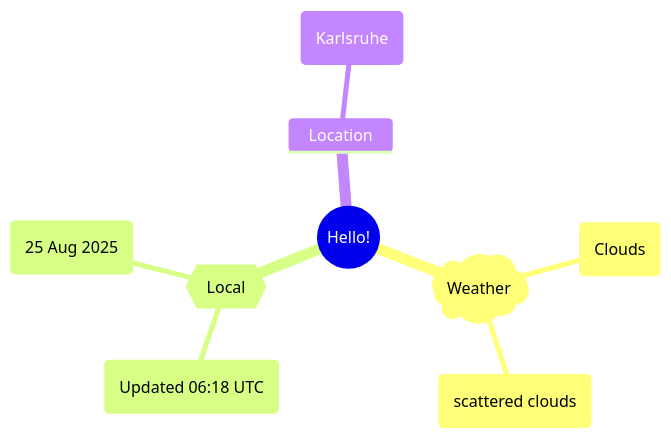
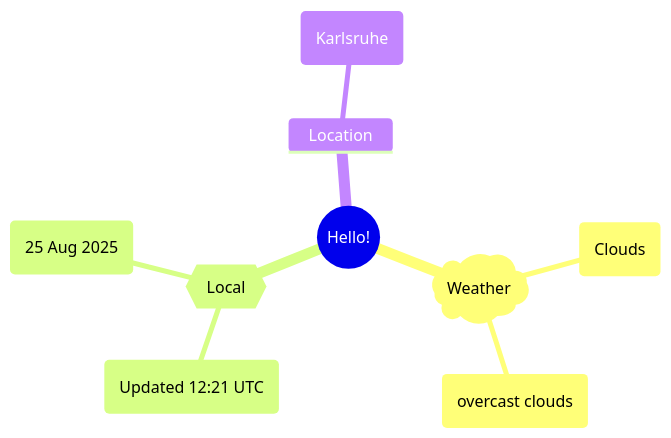
One commit to Xosrov/Xosrov changed the first of 2 diagrams in README.md. Above: the diagram before and after it, drawn with Mermaid.

Commit message:
[bot] updated images

````diff
--- a/README.md
+++ b/README.md
@@ -3,12 +3,12 @@
 ```mermaid
 mindmap
   root((Hello!))
     )Weather(
         (Clouds)
-        (scattered clouds)
+        (overcast clouds)
     {{Local}}
-        (Updated 06:18 UTC)
+        (Updated 12:21 UTC)
         (25 Aug 2025)
     Location
         (Karlsruhe)
 ```
````
